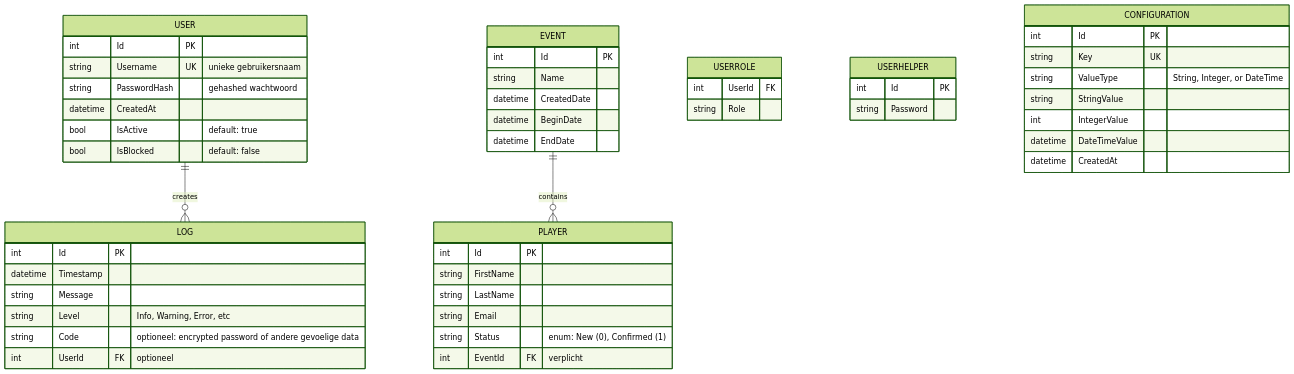
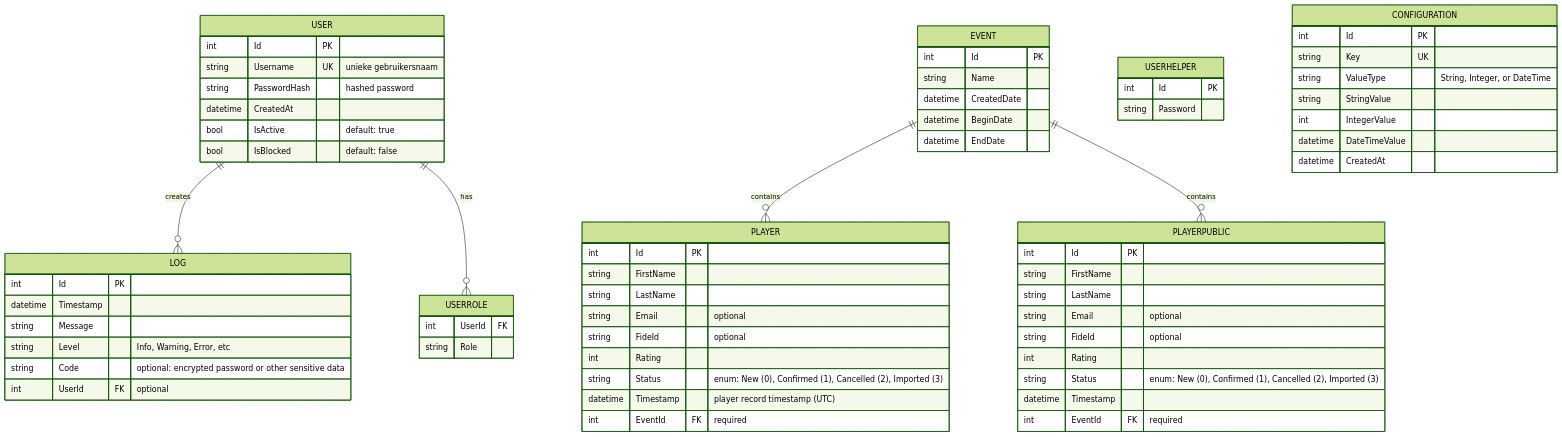
Before and after one commit to Odusseus/Tools: the diagram in metalimes/metalimes/Documentation/ReadMe.md, drawn with Mermaid (forest theme). The commit also changed other lines of this file and 23 other files, not shown here.

````diff
--- a/metalimes/metalimes/Documentation/ReadMe.md
+++ b/metalimes/metalimes/Documentation/ReadMe.md
@@ -5,60 +60,77 @@
 ```mermaid
 erDiagram
     USER ||--o{ LOG : creates
     EVENT ||--o{ PLAYER : contains
+    EVENT ||--o{ PLAYERPUBLIC : contains
+    USER ||--o{ USERROLE : has
 
     USER {
         int Id PK
         string Username UK "unieke gebruikersnaam"
-        string PasswordHash "gehashed wachtwoord"
+        string PasswordHash "hashed password"
         datetime CreatedAt
         bool IsActive "default: true"
         bool IsBlocked "default: false"
     }
 
     USERROLE {
         int UserId FK
         string Role
     }
 
     USERHELPER {
         int Id PK
         string Password
     }
 
     CONFIGURATION {
         int Id PK
         string Key UK
         string ValueType "String, Integer, or DateTime"
         string StringValue
         int IntegerValue
         datetime DateTimeValue
         datetime CreatedAt
     }
 
     LOG {
         int Id PK
         datetime Timestamp
         string Message
         string Level "Info, Warning, Error, etc"
-        string Code "optioneel: encrypted password of andere gevoelige data"
-        int UserId FK "optioneel"
+        string Code "optional: encrypted password or other sensitive data"
+        int UserId FK "optional"
     }
 
     EVENT {
         int Id PK
         string Name
         datetime CreatedDate
         datetime BeginDate
         datetime EndDate
     }
 
     PLAYER {
         int Id PK
         string FirstName
         string LastName
-        string Email
-        string Status "enum: New (0), Confirmed (1)"
-        int EventId FK "verplicht"
+        string Email "optional"
+        string FideId "optional"
+        int Rating
+        string Status "enum: New (0), Confirmed (1), Cancelled (2), Imported (3)"
+        datetime Timestamp "player record timestamp (UTC)"
+        int EventId FK "required"
+    }
+
+    PLAYERPUBLIC {
+        int Id PK
+        string FirstName
+        string LastName
+        string Email "optional"
+        string FideId "optional"
+        int Rating
+        string Status "enum: New (0), Confirmed (1), Cancelled (2), Imported (3)"
+        datetime Timestamp
+        int EventId FK "required"
     }
 ```
````
